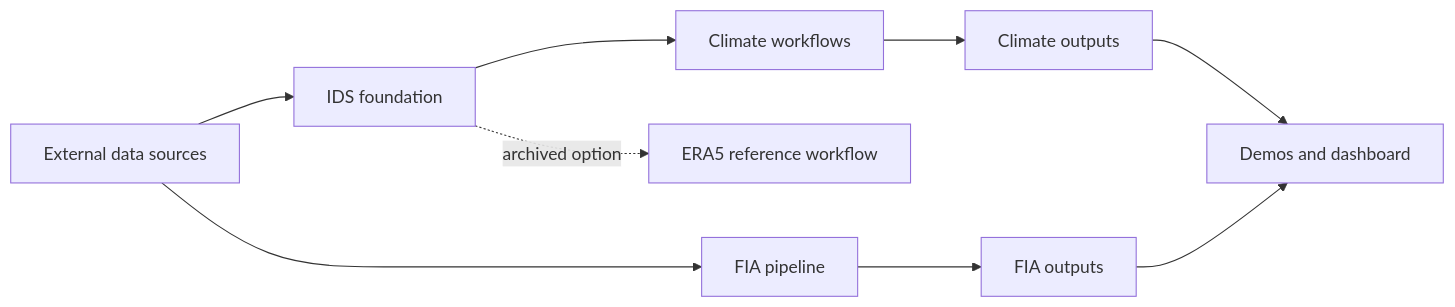
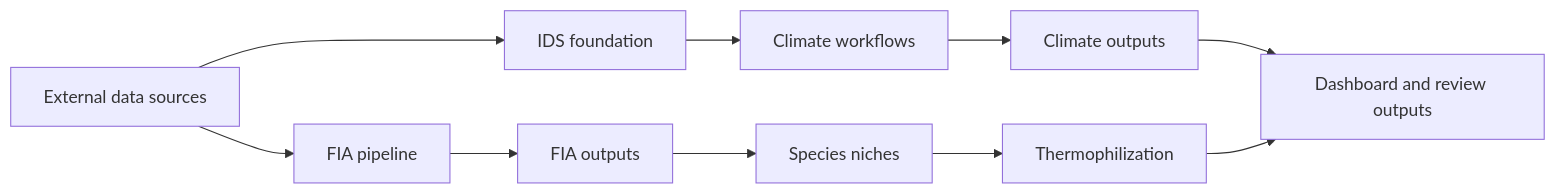
The diagram in README.md (rellimylime/forest-data-compilation), drawn with Mermaid before and after one commit. The commit also changed other lines of this file and 71 other files, not shown here.

````diff
--- a/README.md
+++ b/README.md
@@ -46,11 +52,12 @@
 ```mermaid
 flowchart LR
   A[External data sources] --> B[IDS foundation]
   A --> C[FIA pipeline]
   B --> D[Climate workflows]
   D --> E[Climate outputs]
   C --> F[FIA outputs]
-  E --> G[Demos and dashboard]
-  F --> G
-  B -. archived option .-> H[ERA5 reference workflow]
+  F --> G[Species niches]
+  G --> H[Thermophilization]
+  E --> I[Dashboard and review outputs]
+  H --> I
 ```
````
